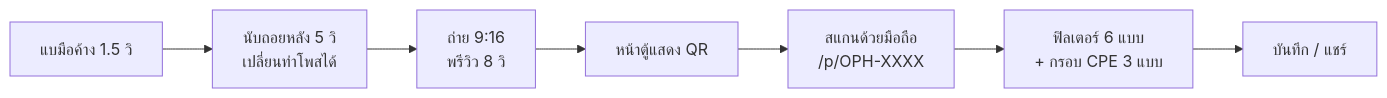
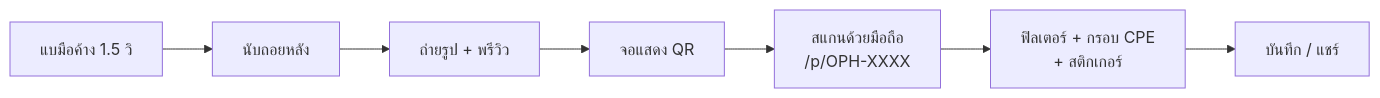
The diagram in README.md (icelandz9/swu-openhouse), drawn with Mermaid before and after one commit. The commit also changed other lines of this file, not shown here.

````diff
--- a/README.md
+++ b/README.md
@@ -15,9 +6,9 @@
 ```mermaid
 flowchart LR
-    A["แบมือค้าง 1.5 วิ"] --> B["นับถอยหลัง 5 วิ<br>เปลี่ยนท่าโพสได้"]
-    B --> C["ถ่าย 9:16<br>พรีวิว 8 วิ"]
-    C --> D["หน้าตู้แสดง QR"]
+    A["แบมือค้าง 1.5 วิ"] --> B["นับถอยหลัง"]
+    B --> C["ถ่ายรูป + พรีวิว"]
+    C --> D["จอแสดง QR"]
     D --> E["สแกนด้วยมือถือ<br>/p/OPH-XXXX"]
-    E --> F["ฟิลเตอร์ 6 แบบ<br>+ กรอบ CPE 3 แบบ"]
+    E --> F["ฟิลเตอร์ + กรอบ CPE<br>+ สติกเกอร์"]
     F --> G["บันทึก / แชร์"]
 ```
````
